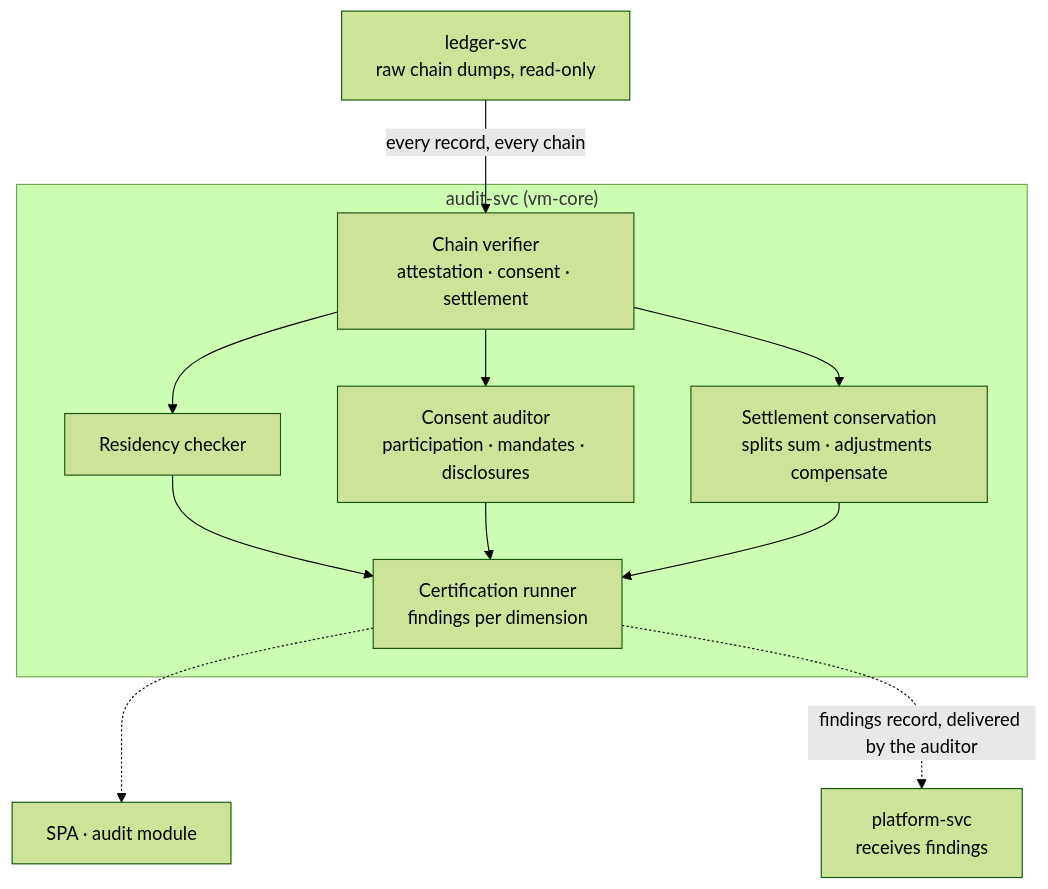
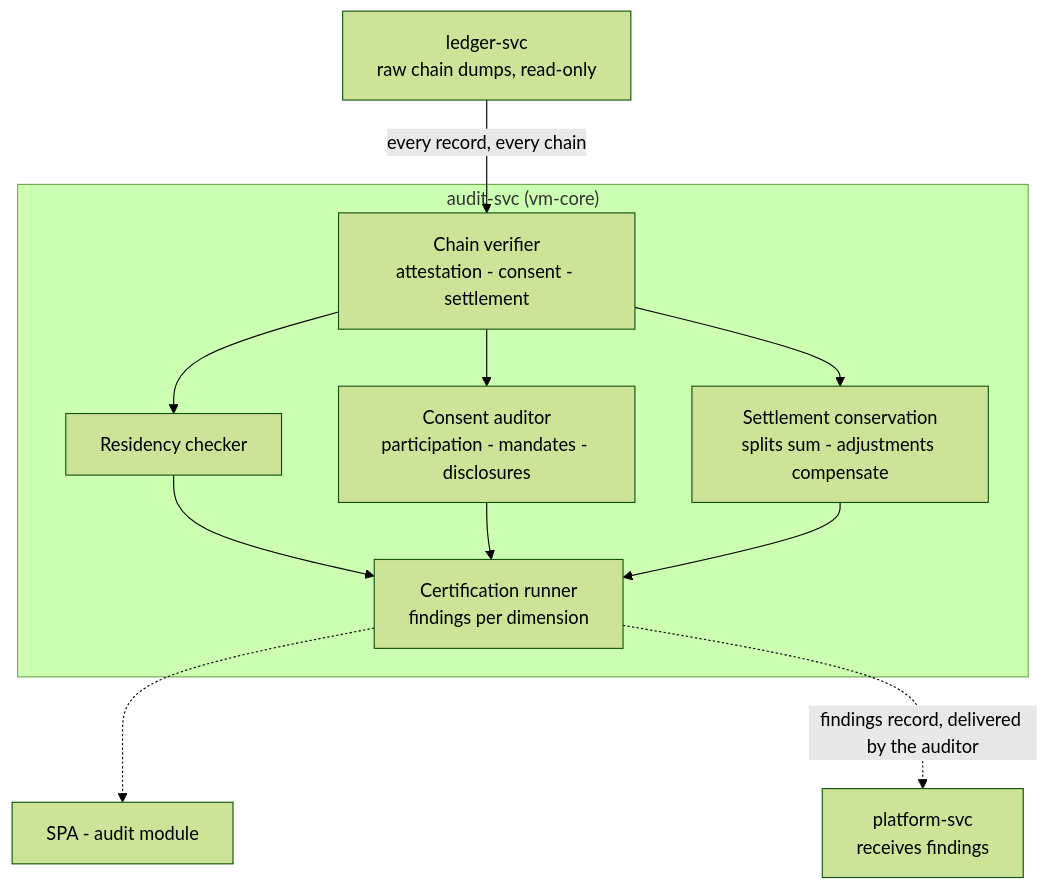
The diagram in plan/design/08-audit.md (alius-git/amisad.dev), drawn with Mermaid (forest theme) before and after one commit. The commit also changed other lines of this file and 44 other files, not shown here.

````diff
--- a/plan/design/08-audit.md
+++ b/plan/design/08-audit.md
@@ -7,23 +7,23 @@
 ```mermaid
 flowchart TD
     subgraph svc["audit-svc (vm-core)"]
-        chains["Chain verifier<br/>attestation · consent · settlement"]
+        chains["Chain verifier<br/>attestation - consent - settlement"]
         residency["Residency checker"]
-        consent["Consent auditor<br/>participation · mandates · disclosures"]
-        conservation["Settlement conservation<br/>splits sum · adjustments compensate"]
+        consent["Consent auditor<br/>participation - mandates - disclosures"]
+        conservation["Settlement conservation<br/>splits sum - adjustments compensate"]
         certify["Certification runner<br/>findings per dimension"]
     end
-    spa["SPA · audit module"]
+    spa["SPA - audit module"]
     ledger["ledger-svc<br/>raw chain dumps, read-only"]
     platform["platform-svc<br/>receives findings"]
 
     ledger -->|"every record, every chain"| chains
     chains --> residency
     chains --> consent
     chains --> conservation
     residency --> certify
     consent --> certify
     conservation --> certify
     certify -.-> spa
     certify -.->|"findings record, delivered by the auditor"| platform
 ```
````
